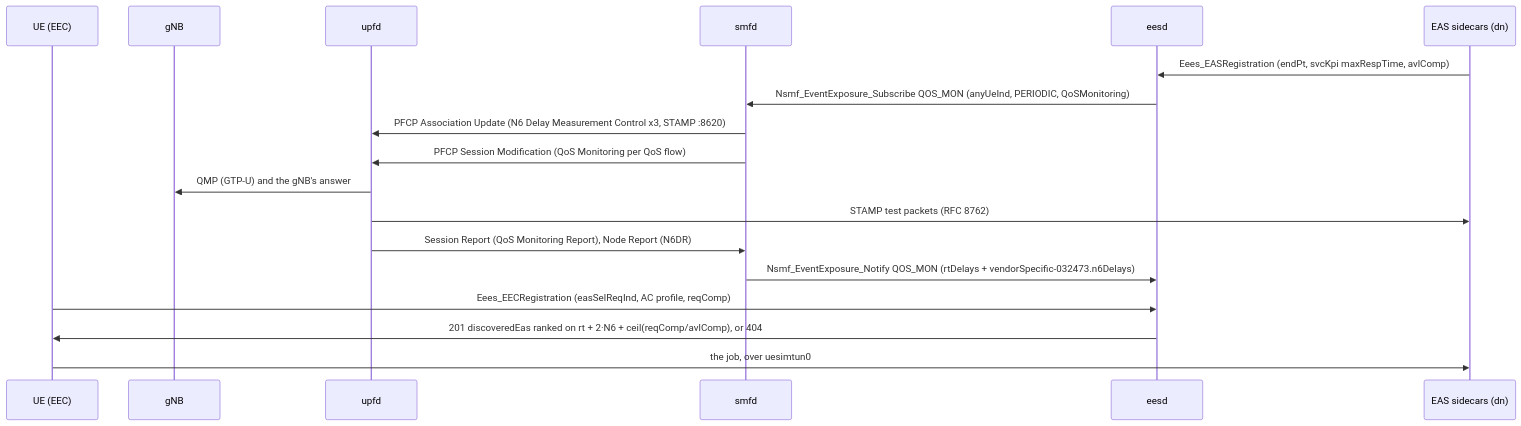
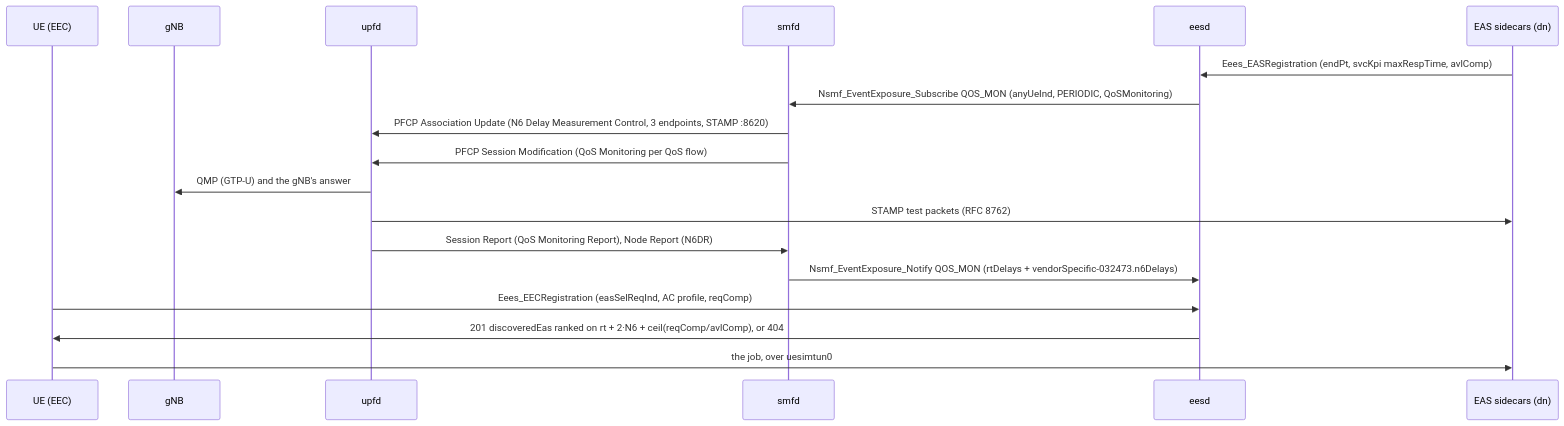
The diagram in docs-book/src/demos/d443a-edge-budget.md (NextgCoreLab/nextgsim), drawn with Mermaid before and after one commit. The commit also changed other lines of this file, not shown here.

````diff
--- a/docs-book/src/demos/d443a-edge-budget.md
+++ b/docs-book/src/demos/d443a-edge-budget.md
@@ -17,20 +17,20 @@
 ```mermaid
 sequenceDiagram
   participant UE as UE (EEC)
   participant G as gNB
   participant U as upfd
   participant M as smfd
   participant E as eesd
   participant X as EAS sidecars (dn)
   X->>E: Eees_EASRegistration (endPt, svcKpi maxRespTime, avlComp)
   E->>M: Nsmf_EventExposure_Subscribe QOS_MON (anyUeInd, PERIODIC, QoSMonitoring)
-  M->>U: PFCP Association Update (N6 Delay Measurement Control x3, STAMP :8620)
+  M->>U: PFCP Association Update (N6 Delay Measurement Control, 3 endpoints, STAMP :8620)
   M->>U: PFCP Session Modification (QoS Monitoring per QoS flow)
   U->>G: QMP (GTP-U) and the gNB's answer
   U->>X: STAMP test packets (RFC 8762)
   U->>M: Session Report (QoS Monitoring Report), Node Report (N6DR)
   M->>E: Nsmf_EventExposure_Notify QOS_MON (rtDelays + vendorSpecific-032473.n6Delays)
   UE->>E: Eees_EECRegistration (easSelReqInd, AC profile, reqComp)
   E->>UE: 201 discoveredEas ranked on rt + 2·N6 + ceil(reqComp/avlComp), or 404
   UE->>X: the job, over uesimtun0
 ```
````
